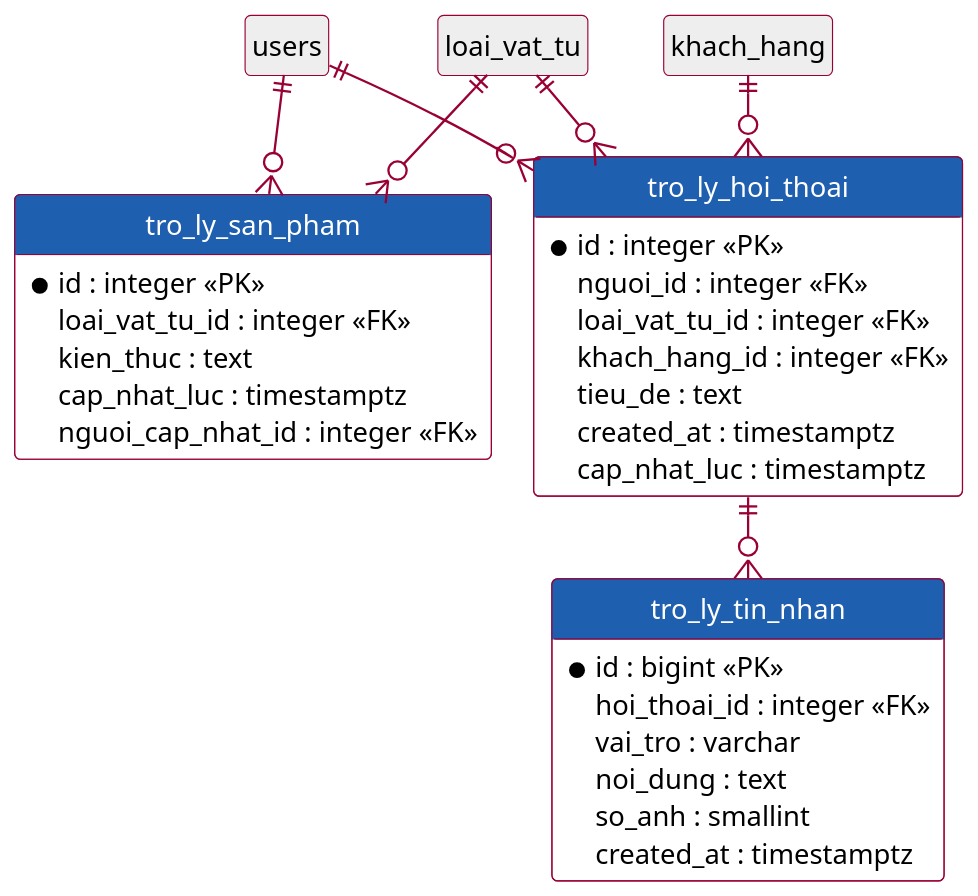
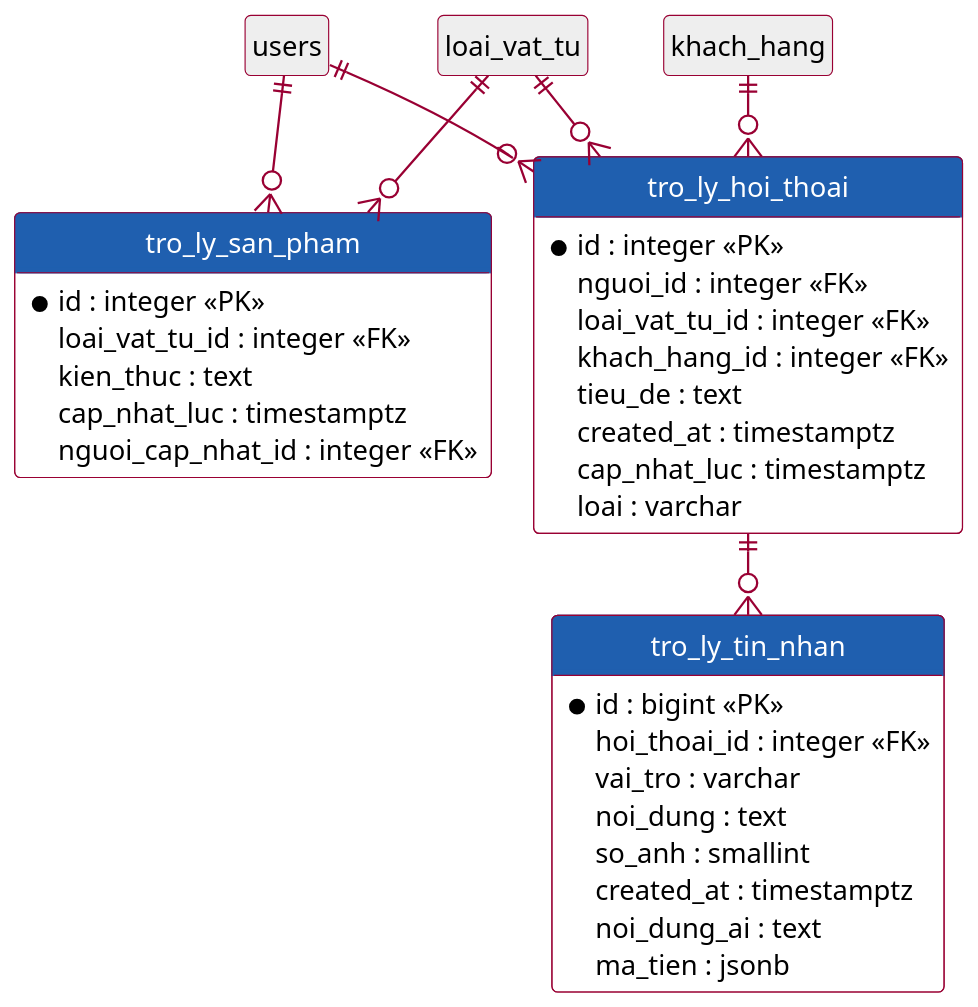
One commit to simunaroo/ERP changed the diagram in _hinh/puml_rose/erd_5_tro_ly_ai.puml. Above: the diagram before and after it, drawn with PlantUML. The commit also changed 70 other files, not shown here.

```diff
--- a/_hinh/puml_rose/erd_5_tro_ly_ai.puml
+++ b/_hinh/puml_rose/erd_5_tro_ly_ai.puml
@@ -1,65 +1,68 @@
 @startuml erd_5_tro_ly_ai
 !pragma layout smetana
 skinparam dpi 150
 skinparam defaultFontName Arial
 skinparam defaultFontSize 12
 skinparam shadowing false
 skinparam ArrowColor #990033
 skinparam ActorBorderColor #990033
 skinparam ActorBackgroundColor #FFFFCC
 skinparam UsecaseBorderColor #990033
 skinparam UsecaseBackgroundColor #FFFFCC
 skinparam ClassBorderColor #990033
 skinparam ClassBackgroundColor #FFFFCC
 skinparam ParticipantBorderColor #990033
 skinparam ParticipantBackgroundColor #FFFFCC
 skinparam BoundaryBackgroundColor #FFFFCC
 skinparam BoundaryBorderColor #990033
 skinparam ControlBackgroundColor #FFFFCC
 skinparam ControlBorderColor #990033
 skinparam EntityBackgroundColor #FFFFCC
 skinparam EntityBorderColor #990033
 skinparam SequenceLifeLineBorderColor #444444
 skinparam NoteBackgroundColor #FFFFCC
 skinparam NoteBorderColor #990033
 skinparam packageStyle rectangle
 hide circle
 hide empty members
 skinparam linetype ortho
 skinparam ClassBackgroundColor #FFFFFF
 skinparam ClassHeaderBackgroundColor #1F5FAF
 skinparam ClassFontColor #FFFFFF
 entity tro_ly_san_pham {
   * id : integer <<PK>>
   loai_vat_tu_id : integer <<FK>>
   kien_thuc : text
   cap_nhat_luc : timestamptz
   nguoi_cap_nhat_id : integer <<FK>>
 }
 entity tro_ly_hoi_thoai {
   * id : integer <<PK>>
   nguoi_id : integer <<FK>>
   loai_vat_tu_id : integer <<FK>>
   khach_hang_id : integer <<FK>>
   tieu_de : text
   created_at : timestamptz
   cap_nhat_luc : timestamptz
+  loai : varchar
 }
 entity tro_ly_tin_nhan {
   * id : bigint <<PK>>
   hoi_thoai_id : integer <<FK>>
   vai_tro : varchar
   noi_dung : text
   so_anh : smallint
   created_at : timestamptz
+  noi_dung_ai : text
+  ma_tien : jsonb
 }
 entity loai_vat_tu #EEEEEE;text:black
 entity users #EEEEEE;text:black
 entity khach_hang #EEEEEE;text:black
 loai_vat_tu ||--o{ tro_ly_san_pham
 users ||--o{ tro_ly_san_pham
 users ||--o{ tro_ly_hoi_thoai
 loai_vat_tu ||--o{ tro_ly_hoi_thoai
 khach_hang ||--o{ tro_ly_hoi_thoai
 tro_ly_hoi_thoai ||--o{ tro_ly_tin_nhan
 @enduml
```
